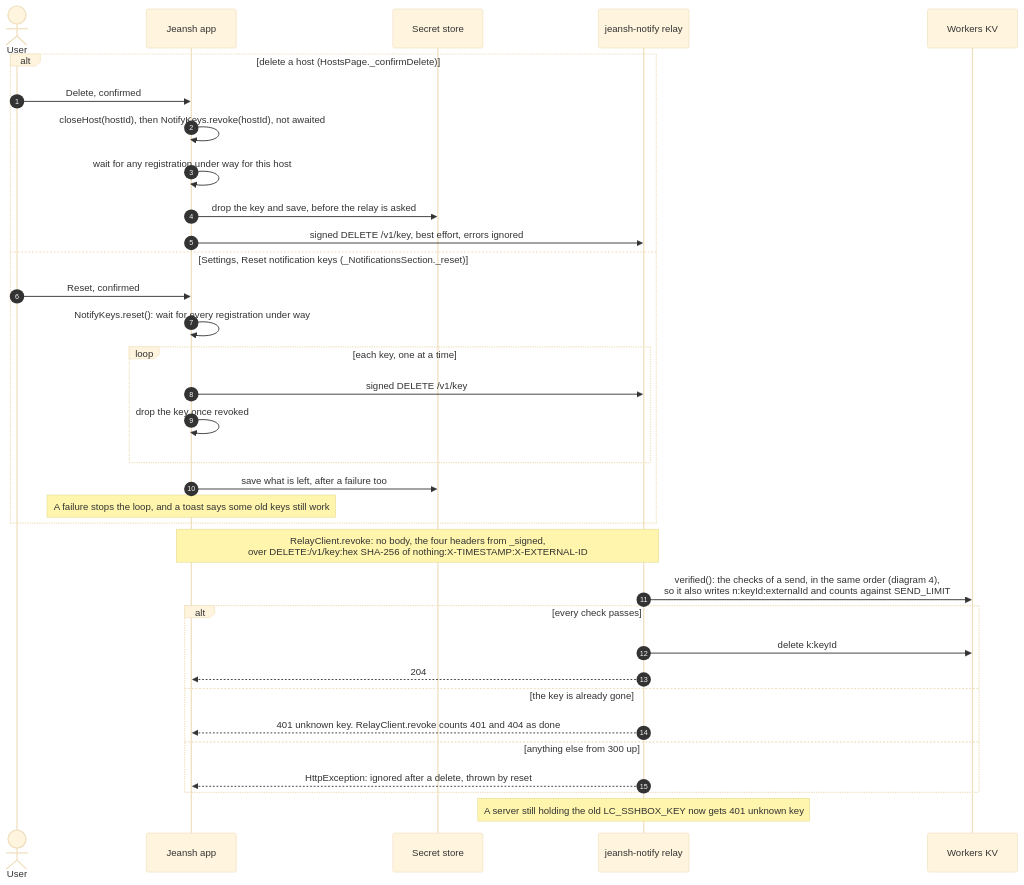
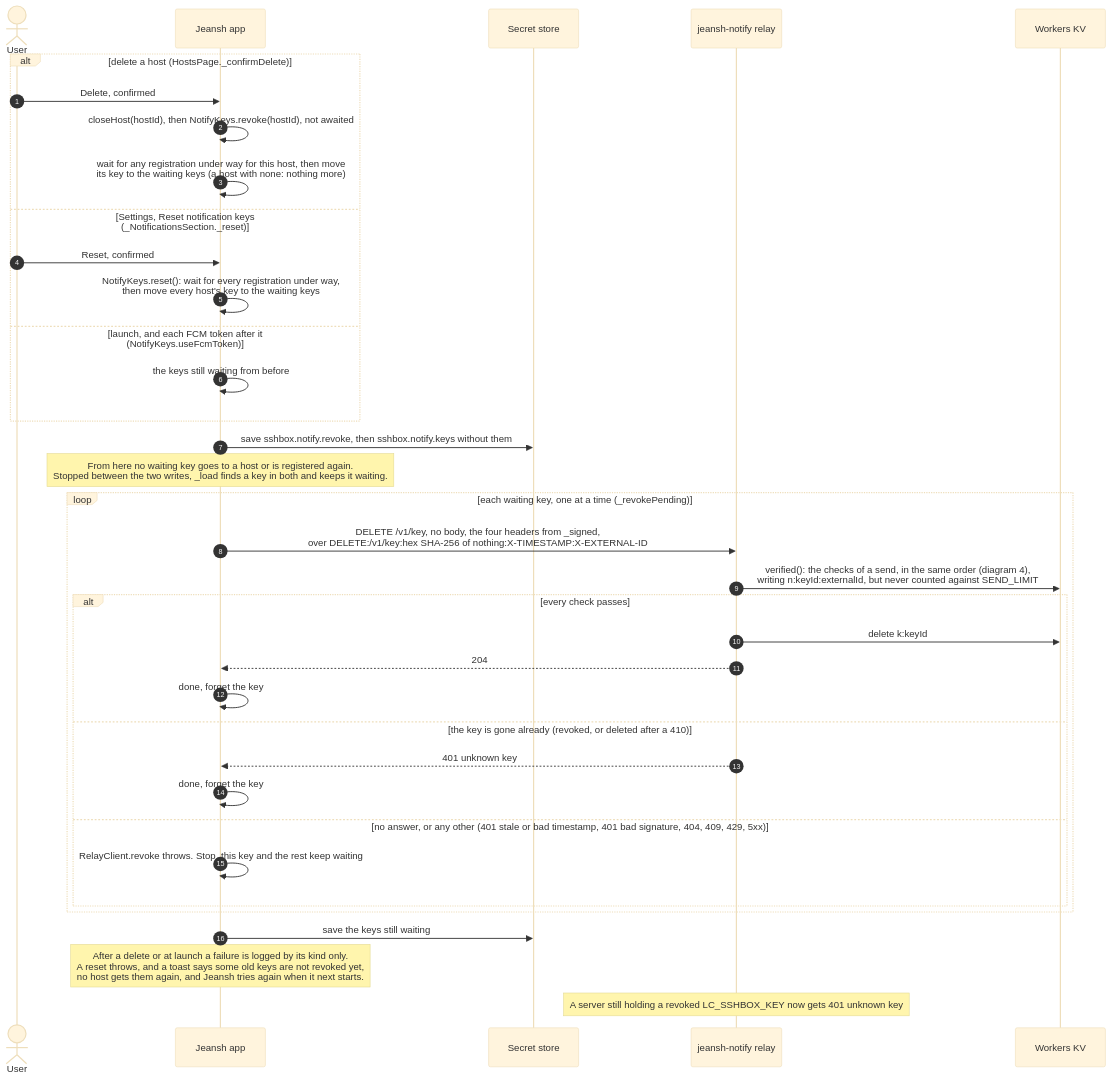
One commit to triasbrata/sshbox changed the seventh of 8 diagrams in docs/notification-architecture.md. Above: the diagram before and after it, drawn with Mermaid (base theme). The commit also changed other lines of this file and 7 other files, not shown here.

First line of the commit message:
Notifications can't reach the wrong phone: signed register, reliable revoke

````diff
--- a/docs/notification-architecture.md
+++ b/docs/notification-architecture.md
@@ -319,37 +330,39 @@
 ```mermaid
 sequenceDiagram
   autonumber
   actor User
   participant App as Jeansh app
   participant Store as Secret store
   participant Relay as jeansh-notify relay
   participant KV as Workers KV
 
   alt delete a host (HostsPage._confirmDelete)
     User->>App: Delete, confirmed
     App->>App: closeHost(hostId), then NotifyKeys.revoke(hostId), not awaited
-    App->>App: wait for any registration under way for this host
-    App->>Store: drop the key and save, before the relay is asked
-    App->>Relay: signed DELETE /v1/key, best effort, errors ignored
+    App->>App: wait for any registration under way for this host, then move<br/>its key to the waiting keys (a host with none: nothing more)
   else Settings, Reset notification keys (_NotificationsSection._reset)
     User->>App: Reset, confirmed
-    App->>App: NotifyKeys.reset(): wait for every registration under way
-    loop each key, one at a time
-      App->>Relay: signed DELETE /v1/key
-      App->>App: drop the key once revoked
+    App->>App: NotifyKeys.reset(): wait for every registration under way,<br/>then move every host's key to the waiting keys
+  else launch, and each FCM token after it (NotifyKeys.useFcmToken)
+    App->>App: the keys still waiting from before
+  end
+  App->>Store: save sshbox.notify.revoke, then sshbox.notify.keys without them
+  Note over App: From here no waiting key goes to a host or is registered again.<br/>Stopped between the two writes, _load finds a key in both and keeps it waiting.
+  loop each waiting key, one at a time (_revokePending)
+    App->>Relay: DELETE /v1/key, no body, the four headers from _signed,<br/>over DELETE:/v1/key:hex SHA-256 of nothing:X-TIMESTAMP:X-EXTERNAL-ID
+    Relay->>KV: verified(): the checks of a send, in the same order (diagram 4),<br/>writing n:keyId:externalId, but never counted against SEND_LIMIT
+    alt every check passes
+      Relay->>KV: delete k:keyId
+      Relay-->>App: 204
+      App->>App: done, forget the key
+    else the key is gone already (revoked, or deleted after a 410)
+      Relay-->>App: 401 unknown key
+      App->>App: done, forget the key
+    else no answer, or any other (401 stale or bad timestamp, 401 bad signature, 404, 409, 429, 5xx)
+      App->>App: RelayClient.revoke throws. Stop, this key and the rest keep waiting
     end
-    App->>Store: save what is left, after a failure too
-    Note over App: A failure stops the loop, and a toast says some old keys still work
   end
-  Note over App,Relay: RelayClient.revoke: no body, the four headers from _signed,<br/>over DELETE:/v1/key:hex SHA-256 of nothing:X-TIMESTAMP:X-EXTERNAL-ID
-  Relay->>KV: verified(): the checks of a send, in the same order (diagram 4),<br/>so it also writes n:keyId:externalId and counts against SEND_LIMIT
-  alt every check passes
-    Relay->>KV: delete k:keyId
-    Relay-->>App: 204
-  else the key is already gone
-    Relay-->>App: 401 unknown key. RelayClient.revoke counts 401 and 404 as done
-  else anything else from 300 up
-    Relay-->>App: HttpException: ignored after a delete, thrown by reset
-  end
-  Note over Relay: A server still holding the old LC_SSHBOX_KEY now gets 401 unknown key
+  App->>Store: save the keys still waiting
+  Note over App: After a delete or at launch a failure is logged by its kind only.<br/>A reset throws, and a toast says some old keys are not revoked yet,<br/>no host gets them again, and Jeansh tries again when it next starts.
+  Note over Relay: A server still holding a revoked LC_SSHBOX_KEY now gets 401 unknown key
 ```
````
